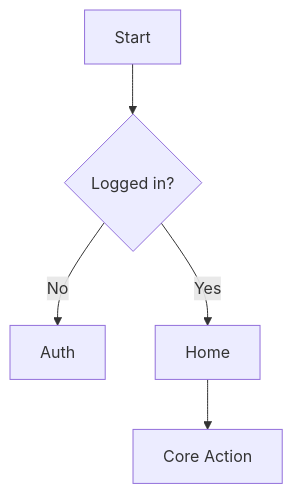
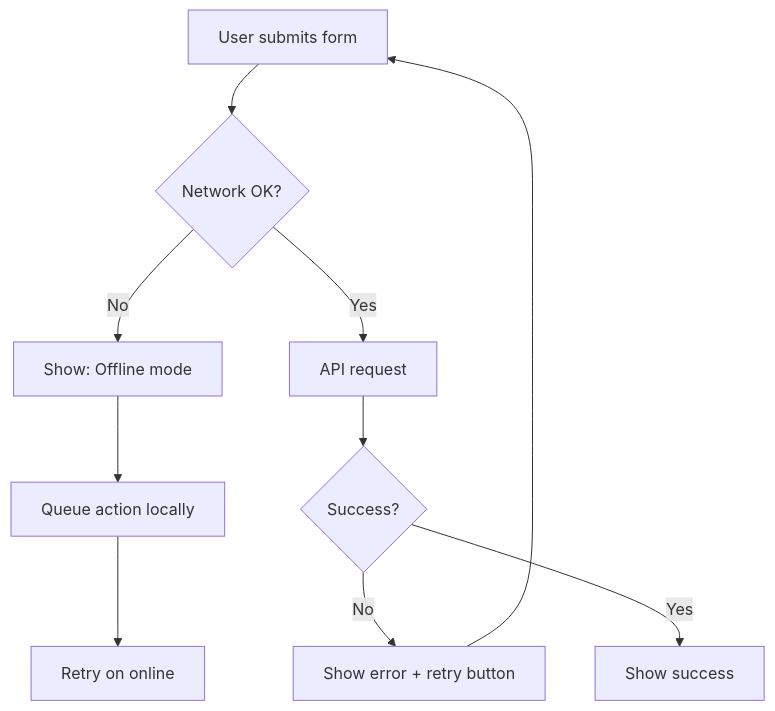
One commit to IrfanNawawi/RiskoFlow changed the third of 5 diagrams in docs/PRD-TEMPLATE.md. Above: the diagram before and after it, drawn with Mermaid. The commit also changed other lines of this file and 14 other files, not shown here.

````diff
--- a/docs/PRD-TEMPLATE.md
+++ b/docs/PRD-TEMPLATE.md
@@ -102,7 +373,12 @@
 ```mermaid
 flowchart TD
-    A[Start] --> B{Logged in?}
-    B -- No --> C[Auth]
-    B -- Yes --> D[Home]
-    D --> E[Core Action]
+    A[User submits form] --> B{Network OK?}
+    B -- No --> C[Show: Offline mode]
+    C --> D[Queue action locally]
+    D --> E[Retry on online]
+    B -- Yes --> F[API request]
+    F --> G{Success?}
+    G -- No --> H[Show error + retry button]
+    H --> A
+    G -- Yes --> I[Show success]
 ```
````
